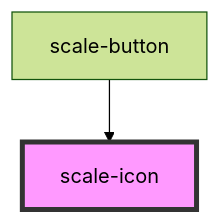
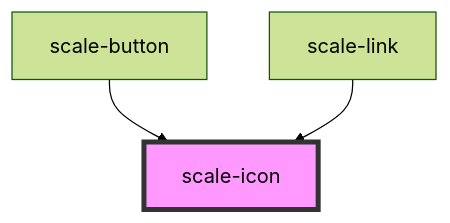
One commit to telekom/scale changed the diagram in packages/components/src/components/icon/readme.md. Above: the diagram before and after it, drawn with Mermaid (forest theme). The commit also changed other lines of this file and 6 other files, not shown here.

Commit message:
add icon to link component; update styles

````diff
--- a/packages/components/src/components/icon/readme.md
+++ b/packages/components/src/components/icon/readme.md
@@ -29,5 +30,6 @@
 ```mermaid
 graph TD;
   scale-button --> scale-icon
+  scale-link --> scale-icon
   style scale-icon fill:#f9f,stroke:#333,stroke-width:4px
 ```
````
